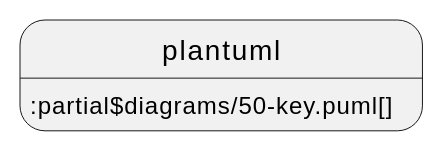
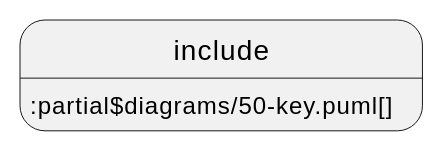
The third of 5 diagrams in documentation/IDTA-01001/modules/ROOT/pages/spec-metamodel/referencing.adoc (acplt/aas-specs), drawn with PlantUML before and after one commit. The commit also changed other lines of this file and 14 other files, not shown here.

First line of the commit message:
Revert "Use plantuml instead of include and test ./"

```diff
--- a/documentation/IDTA-01001/modules/ROOT/pages/spec-metamodel/referencing.adoc
+++ b/documentation/IDTA-01001/modules/ROOT/pages/spec-metamodel/referencing.adoc
@@ -128,4 +128,4 @@
 [plantuml, 50-key, svg]
 ....
-plantuml::partial$diagrams/50-key.puml[]
+include::partial$diagrams/50-key.puml[]
 ....
```
